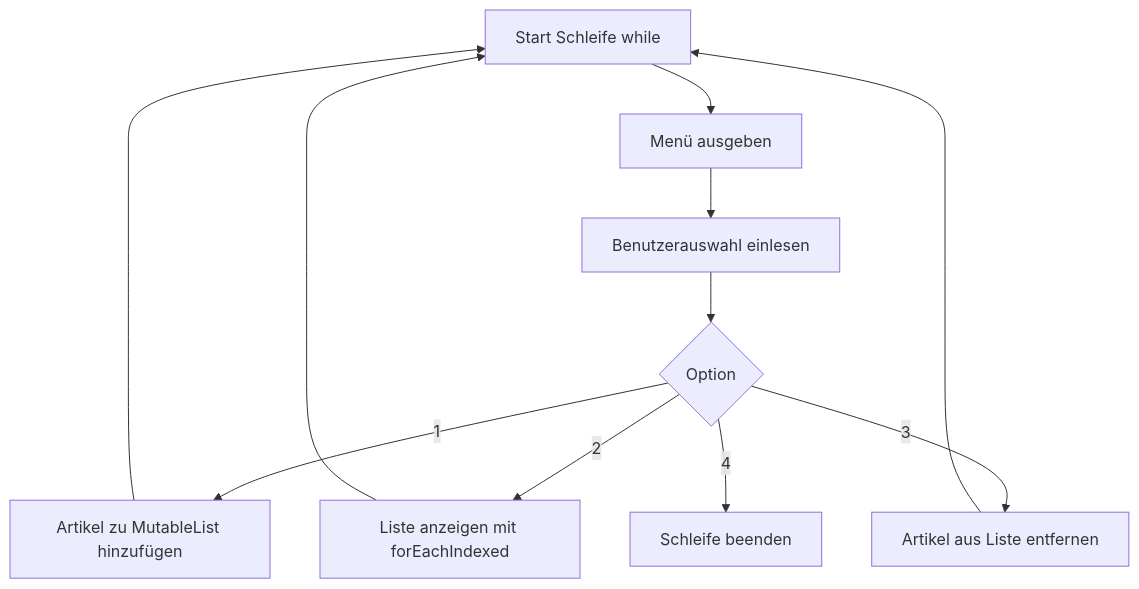
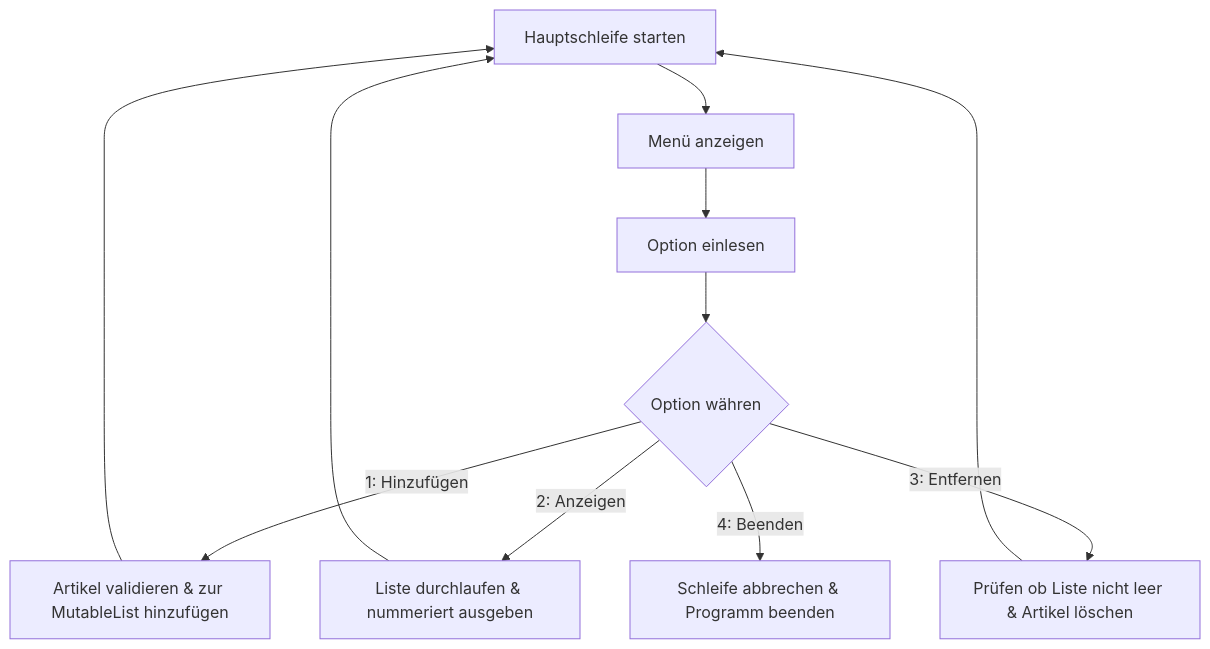
One commit to thorstenkloehn/Anfaenger changed the fourth of 4 diagrams in rust-projekte/src/kotlin-phase1.md. Above: the diagram before and after it, drawn with Mermaid. The commit also changed other lines of this file, not shown here.

````diff
--- a/rust-projekte/src/kotlin-phase1.md
+++ b/rust-projekte/src/kotlin-phase1.md
@@ -221,13 +144,13 @@
 ```mermaid
 graph TD
-    A[Start Schleife while] --> B[Menü ausgeben]
-    B --> C[Benutzerauswahl einlesen]
-    C --> D{Option}
-    D -- 1 --> E[Artikel zu MutableList hinzufügen]
-    D -- 2 --> F[Liste anzeigen mit forEachIndexed]
-    D -- 3 --> G[Artikel aus Liste entfernen]
-    D -- 4 --> H[Schleife beenden]
+    A[Hauptschleife starten] --> B[Menü anzeigen]
+    B --> C[Option einlesen]
+    C --> D{Option währen}
+    D -- 1: Hinzufügen --> E[Artikel validieren & zur MutableList hinzufügen]
+    D -- 2: Anzeigen --> F[Liste durchlaufen & nummeriert ausgeben]
+    D -- 3: Entfernen --> G[Prüfen ob Liste nicht leer & Artikel löschen]
+    D -- 4: Beenden --> H[Schleife abbrechen & Programm beenden]
     E --> A
     F --> A
     G --> A
 ```
````
